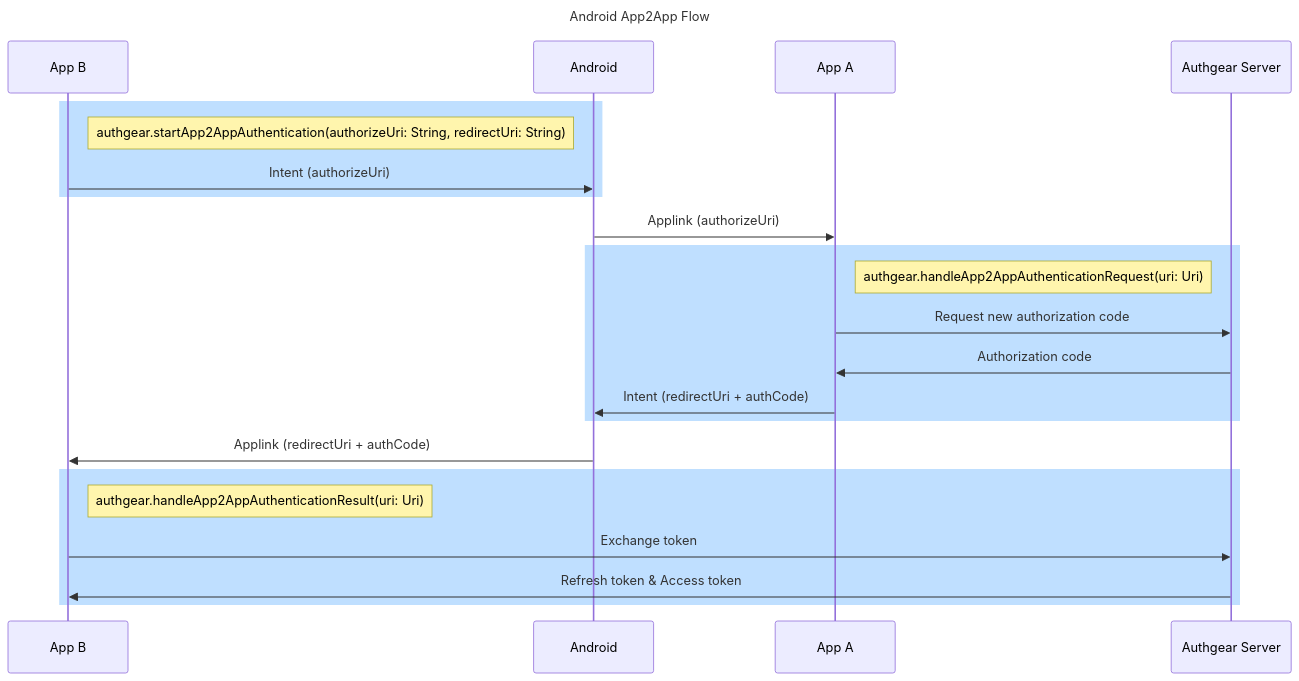
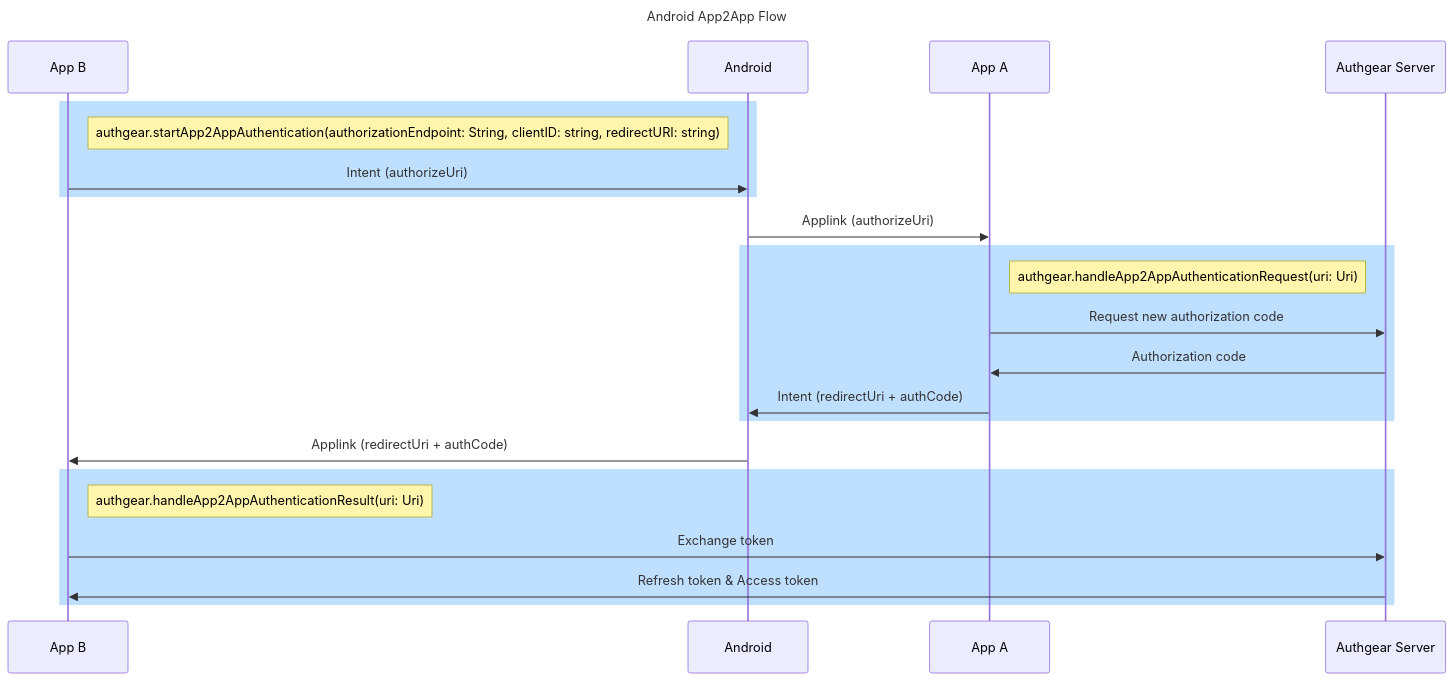
One commit to authgear/authgear-server changed the first of 2 diagrams in docs/specs/app2app.md. Above: the diagram before and after it, drawn with Mermaid. The commit also changed other lines of this file, not shown here.

Commit message:
Update app2app spec with new sdk design and handled more cases

````diff
--- a/docs/specs/app2app.md
+++ b/docs/specs/app2app.md
@@ -32,30 +32,30 @@
 ```mermaid
 sequenceDiagram
     Title Android App2App Flow
     participant B as App B
     participant O as Android
     participant A as App A
     participant S as Authgear Server
 
 
     rect rgb(191, 223, 255)
-    note right of B: authgear.startApp2AppAuthentication(authorizeUri: String, redirectUri: String)
+    note right of B: authgear.startApp2AppAuthentication(authorizationEndpoint: String, clientID: string, redirectURI: string)
     B ->> O: Intent (authorizeUri)
     end
 
     O ->> A: Applink (authorizeUri)
 
     rect rgb(191, 223, 255)
     note right of A: authgear.handleApp2AppAuthenticationRequest(uri: Uri)
     A ->> S: Request new authorization code
     S ->> A: Authorization code
     A ->> O: Intent (redirectUri + authCode)
     end
     O ->> B: Applink (redirectUri + authCode)
 
     rect rgb(191, 223, 255)
     note right of B: authgear.handleApp2AppAuthenticationResult(uri: Uri)
     B ->> S: Exchange token
     S ->> B: Refresh token & Access token
     end
 ```
````
